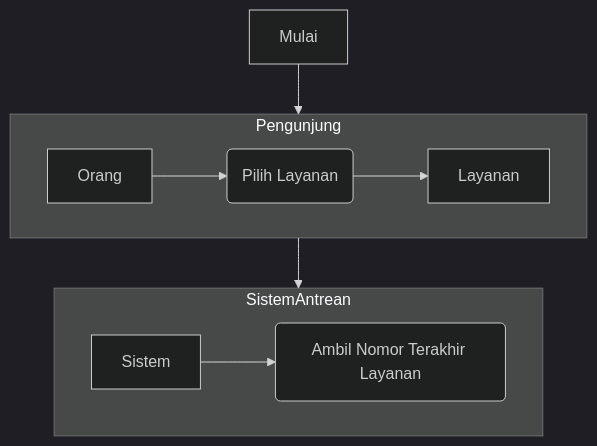
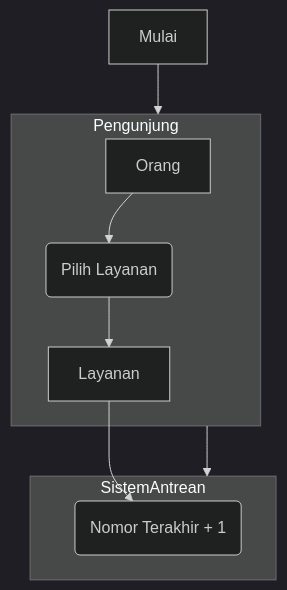
The diagram in flowchart_antrean.mmd (rezekikode/diagram), drawn with Mermaid (dark theme) before and after one commit.

```diff
--- a/flowchart_antrean.mmd
+++ b/flowchart_antrean.mmd
@@ -1,9 +1,9 @@
 flowchart TB
   Mulai-->Pengunjung
   Pengunjung-->SistemAntrean
   subgraph Pengunjung
     Orang-->p1("`Pilih Layanan`")-->Layanan
   end  
   subgraph SistemAntrean
-    Sistem-->s1("`Ambil Nomor Terakhir Layanan`")
+    Layanan-->s1("`Nomor Terakhir + 1`")
   end
```
